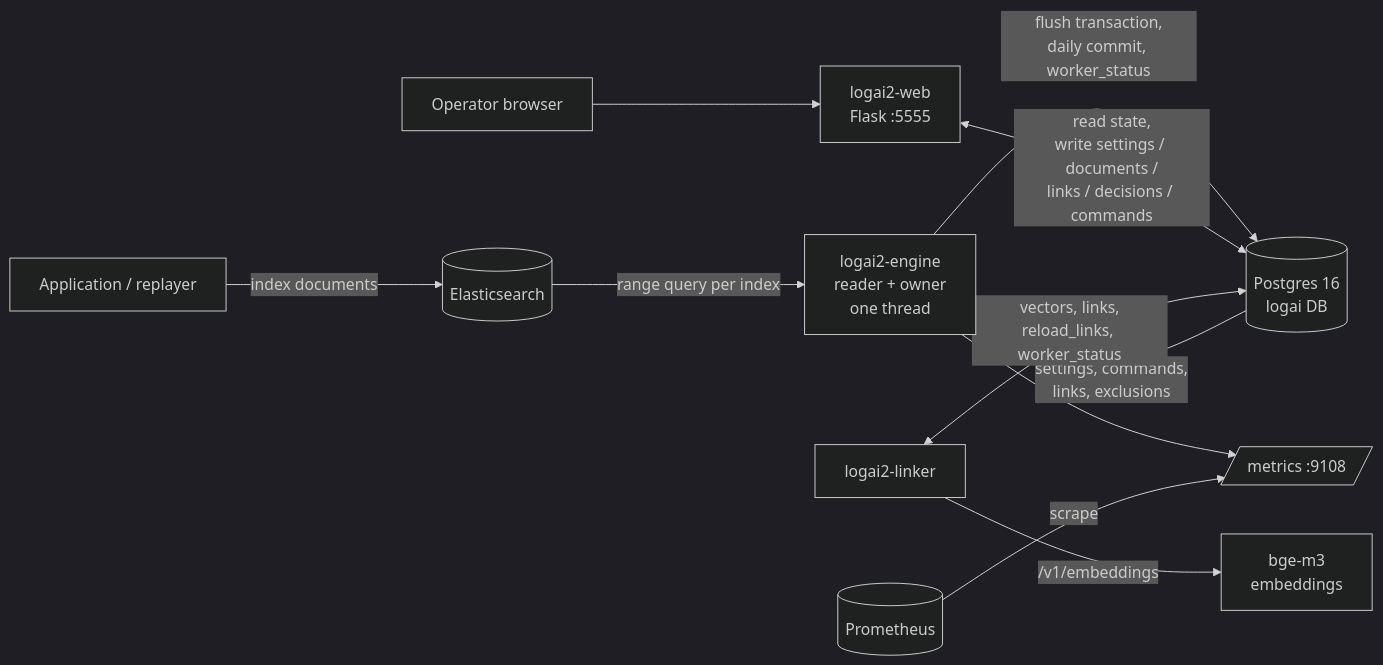
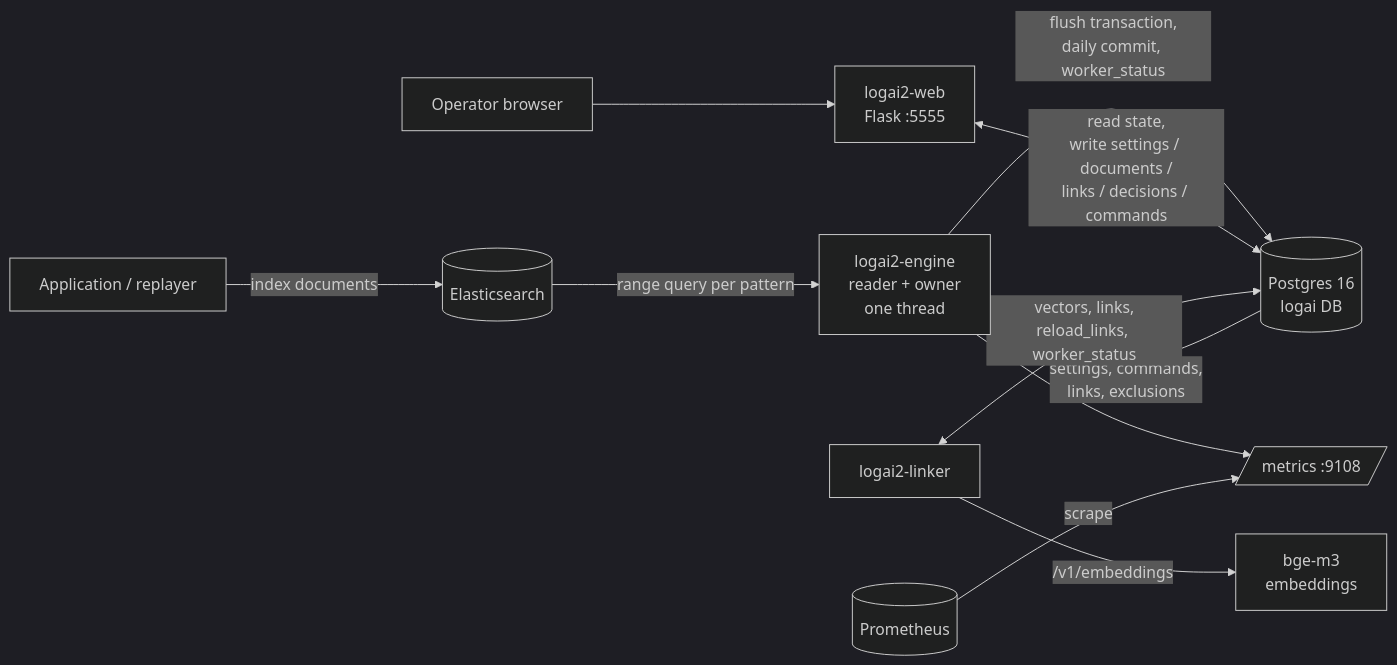
One commit to Cong123z/LogAi changed the diagram in ARCHITECTURE.md. Above: the diagram before and after it, drawn with Mermaid (dark theme). The commit also changed other lines of this file and 13 other files, not shown here.

Commit message:
Reader reads one cursor per index pattern

````diff
--- a/ARCHITECTURE.md
+++ b/ARCHITECTURE.md
@@ -65,24 +65,24 @@
 ```mermaid
 flowchart LR
     APP[Application / replayer]
     ES[(Elasticsearch)]
     ENG[logai2-engine<br/>reader + owner<br/>one thread]
     PG[(Postgres 16<br/>logai DB)]
     WEB[logai2-web<br/>Flask :5555]
     MET[/metrics :9108/]
     PROM[(Prometheus)]
     USER[Operator browser]
     LNK[logai2-linker]
     EMB[bge-m3<br/>embeddings]
 
     APP -->|index documents| ES
-    ES -->|range query per index| ENG
+    ES -->|range query per pattern| ENG
     ENG -->|flush transaction,<br/>daily commit, worker_status| PG
     PG -->|settings, commands,<br/>links, exclusions| ENG
     WEB <-->|read state,<br/>write settings / documents /<br/>links / decisions / commands| PG
     ENG --> MET
     PROM -->|scrape| MET
     USER --> WEB
     LNK <-->|vectors, links,<br/>reload_links, worker_status| PG
     LNK -->|/v1/embeddings| EMB
 ```
````
